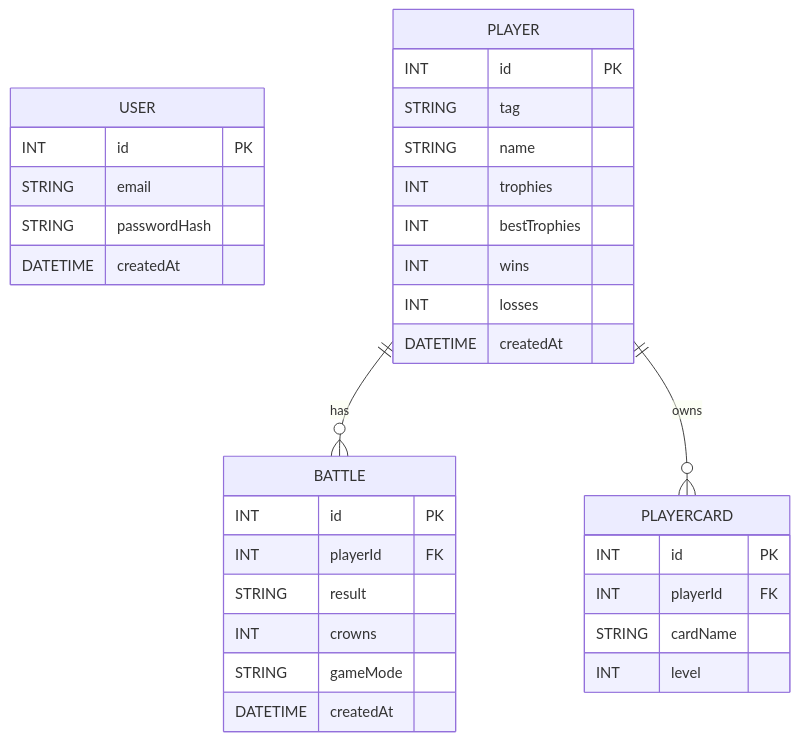
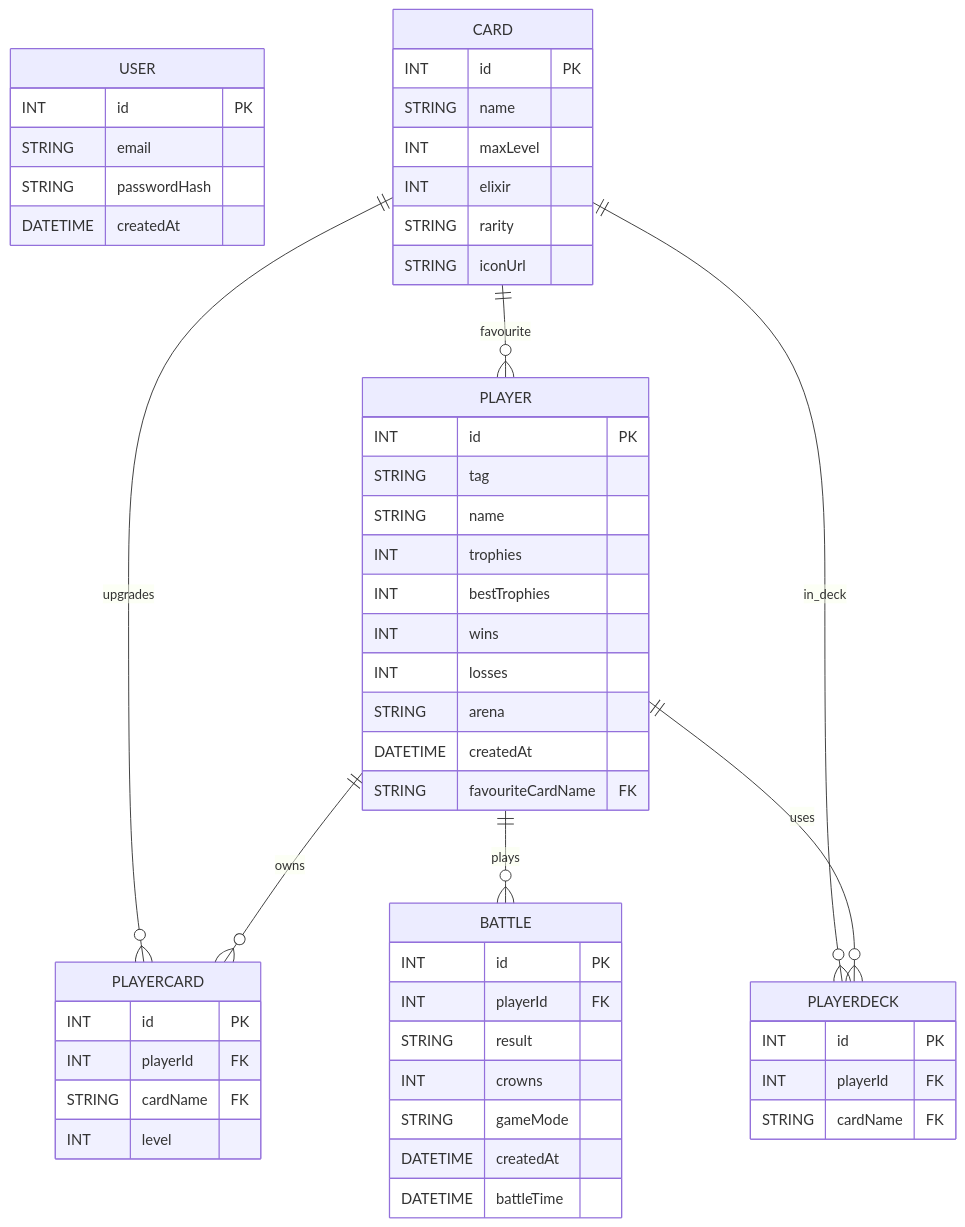
The diagram in README.md (ArjunVarmaLeeds/Web-Services-CWK1), drawn with Mermaid before and after one commit. The commit also changed 9 other files, not shown here.

````diff
--- a/README.md
+++ b/README.md
@@ -3,41 +3,63 @@
 ```mermaid
 erDiagram
 
     USER {
         INT id PK
         STRING email
         STRING passwordHash
         DATETIME createdAt
     }
 
     PLAYER {
         INT id PK
         STRING tag
         STRING name
         INT trophies
         INT bestTrophies
         INT wins
         INT losses
+        STRING arena
         DATETIME createdAt
+        STRING favouriteCardName FK
     }
 
     BATTLE {
         INT id PK
         INT playerId FK
         STRING result
         INT crowns
         STRING gameMode
         DATETIME createdAt
+        DATETIME battleTime
     }
 
     PLAYERCARD {
         INT id PK
         INT playerId FK
-        STRING cardName
+        STRING cardName FK
         INT level
     }
 
-    PLAYER ||--o{ BATTLE : has
+    PLAYERDECK {
+        INT id PK
+        INT playerId FK
+        STRING cardName FK
+    }
+
+    CARD {
+        INT id PK
+        STRING name
+        INT maxLevel
+        INT elixir
+        STRING rarity
+        STRING iconUrl
+    }
+
+    PLAYER ||--o{ BATTLE : plays
     PLAYER ||--o{ PLAYERCARD : owns
+    PLAYER ||--o{ PLAYERDECK : uses
+    CARD   ||--o{ PLAYERCARD : upgrades
+    CARD   ||--o{ PLAYERDECK : in_deck
+    CARD   ||--o{ PLAYER : favourite
 
 ```
````
